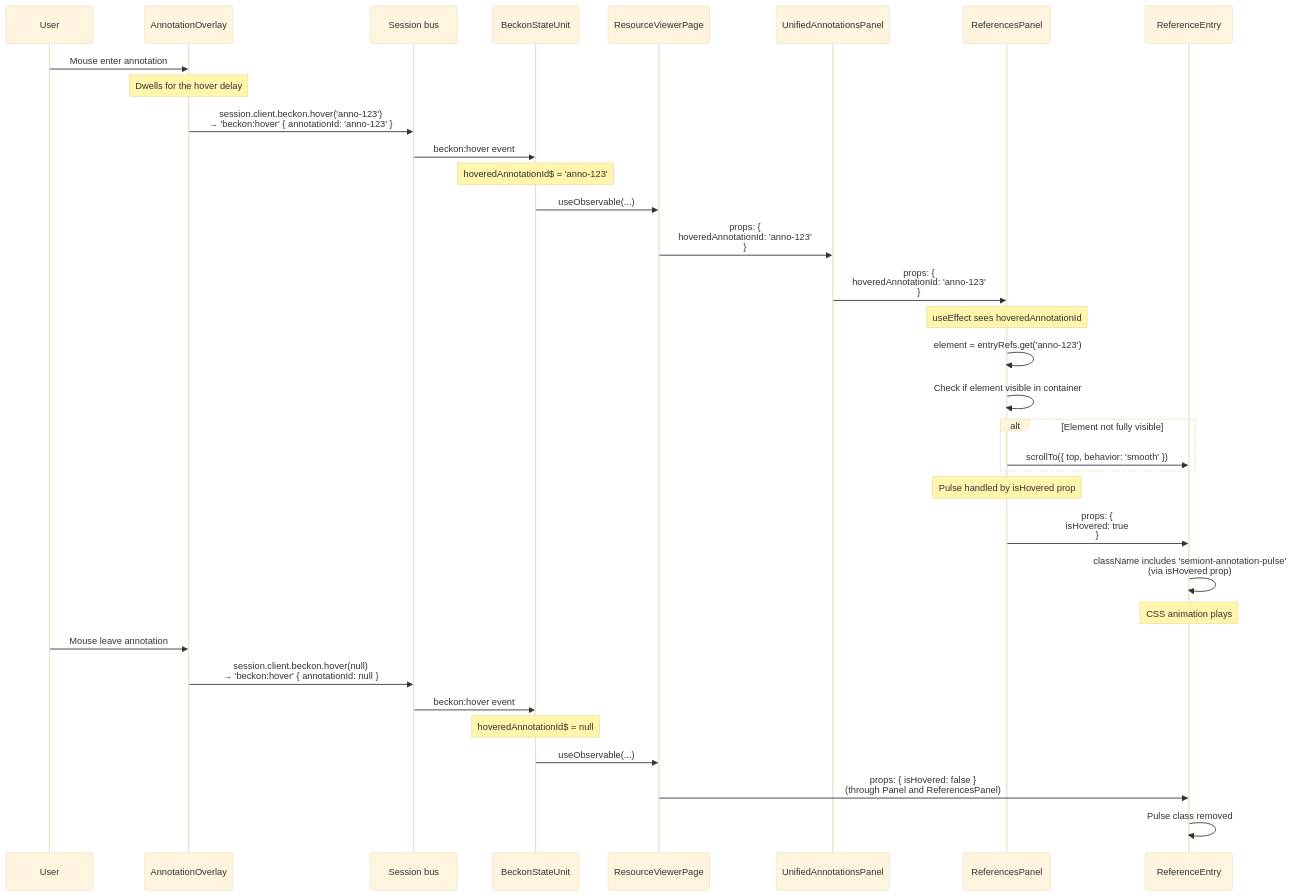
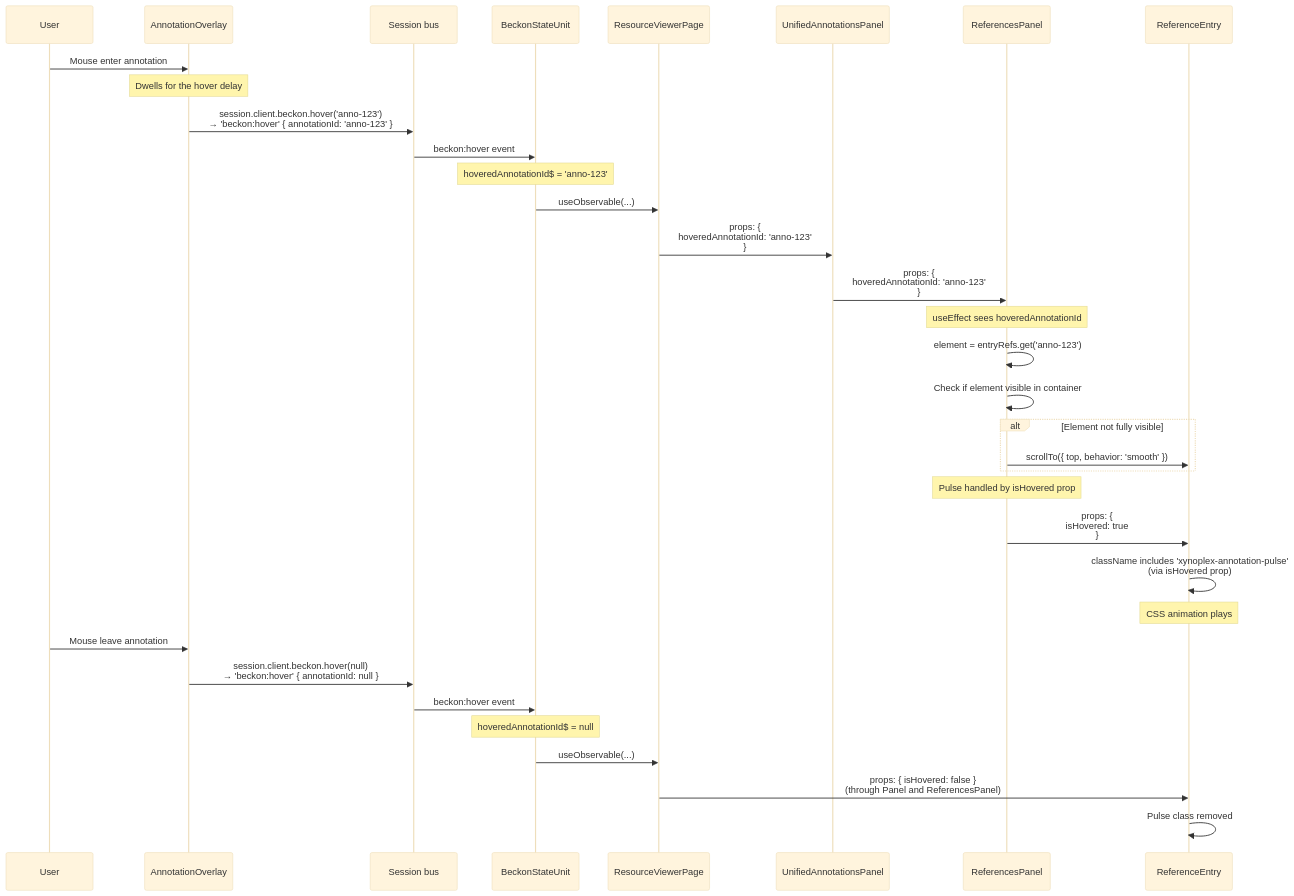
Before and after one commit to Xynoplex/sdk: the second of 3 diagrams in typescript/react-ui/docs/ANNOTATION-CLICK.md, drawn with Mermaid (base theme). The commit also changed other lines of this file and 3453 other files, not shown here.

````diff
--- a/typescript/react-ui/docs/ANNOTATION-CLICK.md
+++ b/typescript/react-ui/docs/ANNOTATION-CLICK.md
@@ -186,48 +186,48 @@
 ```mermaid
 sequenceDiagram
     participant User
     participant Overlay as AnnotationOverlay
     participant Bus as Session bus
     participant Beckon as BeckonStateUnit
     participant Page as ResourceViewerPage
     participant Panel as UnifiedAnnotationsPanel
     participant Specific as ReferencesPanel
     participant Entry as ReferenceEntry
 
     User->>Overlay: Mouse enter annotation
     Note over Overlay: Dwells for the hover delay
     Overlay->>Bus: session.client.beckon.hover('anno-123')<br/>→ 'beckon:hover' { annotationId: 'anno-123' }
     Bus->>Beckon: beckon:hover event
 
     Note over Beckon: hoveredAnnotationId$ = 'anno-123'
 
     Beckon->>Page: useObservable(...)
     Page->>Panel: props: {<br/>  hoveredAnnotationId: 'anno-123'<br/>}
     Panel->>Specific: props: {<br/>  hoveredAnnotationId: 'anno-123'<br/>}
 
     Note over Specific: useEffect sees hoveredAnnotationId
 
     Specific->>Specific: element = entryRefs.get('anno-123')
     Specific->>Specific: Check if element visible in container
 
     alt Element not fully visible
         Specific->>Entry: scrollTo({ top, behavior: 'smooth' })
     end
 
     Note over Specific: Pulse handled by isHovered prop
 
     Specific->>Entry: props: {<br/>  isHovered: true<br/>}
-    Entry->>Entry: className includes 'semiont-annotation-pulse'<br/>(via isHovered prop)
+    Entry->>Entry: className includes 'xynoplex-annotation-pulse'<br/>(via isHovered prop)
 
     Note over Entry: CSS animation plays
 
     User->>Overlay: Mouse leave annotation
     Overlay->>Bus: session.client.beckon.hover(null)<br/>→ 'beckon:hover' { annotationId: null }
     Bus->>Beckon: beckon:hover event
 
     Note over Beckon: hoveredAnnotationId$ = null
 
     Beckon->>Page: useObservable(...)
     Page->>Entry: props: { isHovered: false }<br/>(through Panel and ReferencesPanel)
     Entry->>Entry: Pulse class removed
 ```
````
